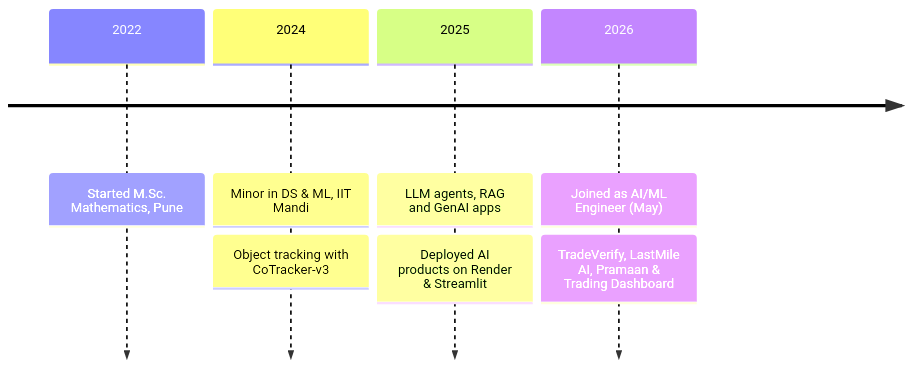
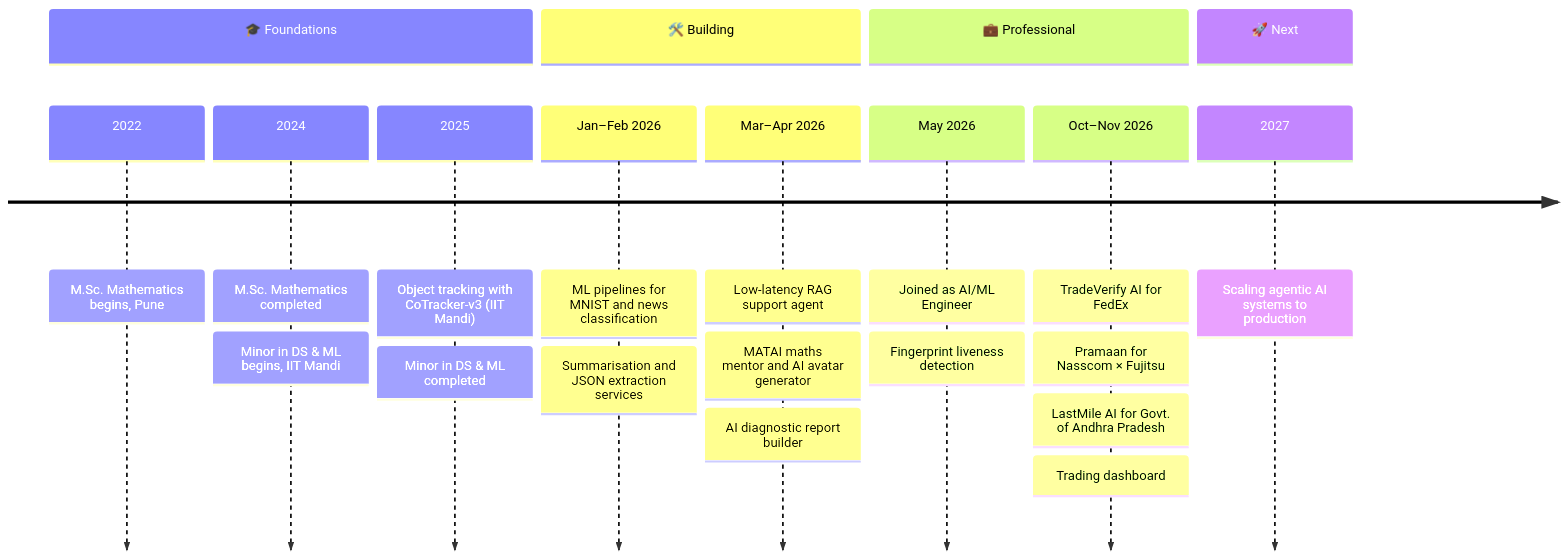
One commit to AshishLahire/AshishLahire changed the diagram in README.md. Above: the diagram before and after it, drawn with Mermaid.

Commit message:
Complete journey timeline

````diff
--- a/README.md
+++ b/README.md
@@ -48,10 +48,24 @@
 ```mermaid
 timeline
-    2022 : Started M.Sc. Mathematics, Pune
-    2024 : Minor in DS & ML, IIT Mandi
-         : Object tracking with CoTracker-v3
-    2025 : LLM agents, RAG and GenAI apps
-         : Deployed AI products on Render & Streamlit
-    2026 : Joined as AI/ML Engineer (May)
-         : TradeVerify, LastMile AI, Pramaan & Trading Dashboard
+    section 🎓 Foundations
+        2022 : M.Sc. Mathematics begins, Pune
+        2024 : M.Sc. Mathematics completed
+             : Minor in DS & ML begins, IIT Mandi
+        2025 : Object tracking with CoTracker-v3 (IIT Mandi)
+             : Minor in DS & ML completed
+    section 🛠️ Building
+        Jan–Feb 2026 : ML pipelines for MNIST and news classification
+                     : Summarisation and JSON extraction services
+        Mar–Apr 2026 : Low-latency RAG support agent
+                     : MATAI maths mentor and AI avatar generator
+                     : AI diagnostic report builder
+    section 💼 Professional
+        May 2026 : Joined as AI/ML Engineer
+                 : Fingerprint liveness detection
+        Oct–Nov 2026 : TradeVerify AI for FedEx
+                     : Pramaan for Nasscom × Fujitsu
+                     : LastMile AI for Govt. of Andhra Pradesh
+                     : Trading dashboard
+    section 🚀 Next
+        2027 : Scaling agentic AI systems to production
 ```
````
